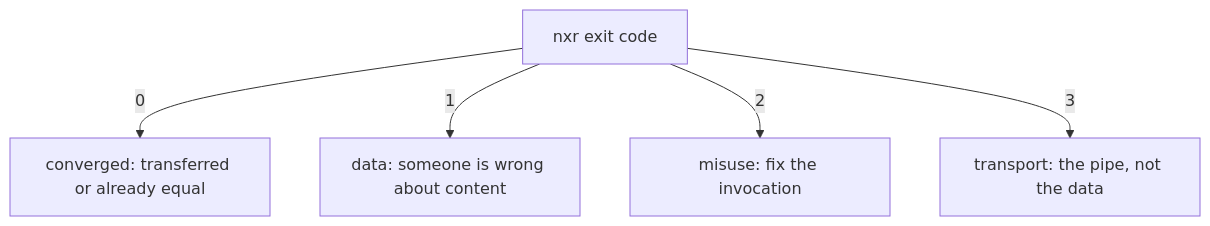
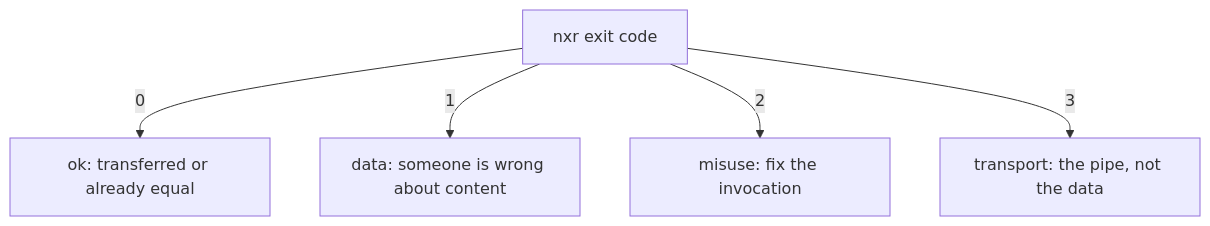
Before and after one commit to Lipen/nexus-raw: the diagram in docs/how-to/troubleshoot.md, drawn with Mermaid. The commit also changed other lines of this file and 21 other files, not shown here.

````diff
--- a/docs/how-to/troubleshoot.md
+++ b/docs/how-to/troubleshoot.md
@@ -30,7 +36,7 @@
 ```mermaid
 flowchart TD
-  E["nxr exit code"] -->|"0"| OK["converged: transferred or already equal"]
+  E["nxr exit code"] -->|"0"| OK["ok: transferred or already equal"]
   E -->|"1"| D["data: someone is wrong about content"]
   E -->|"2"| M["misuse: fix the invocation"]
   E -->|"3"| T["transport: the pipe, not the data"]
 ```
````
